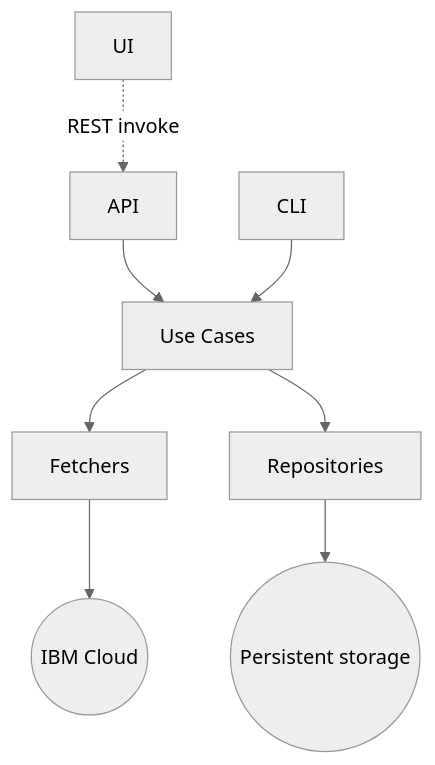
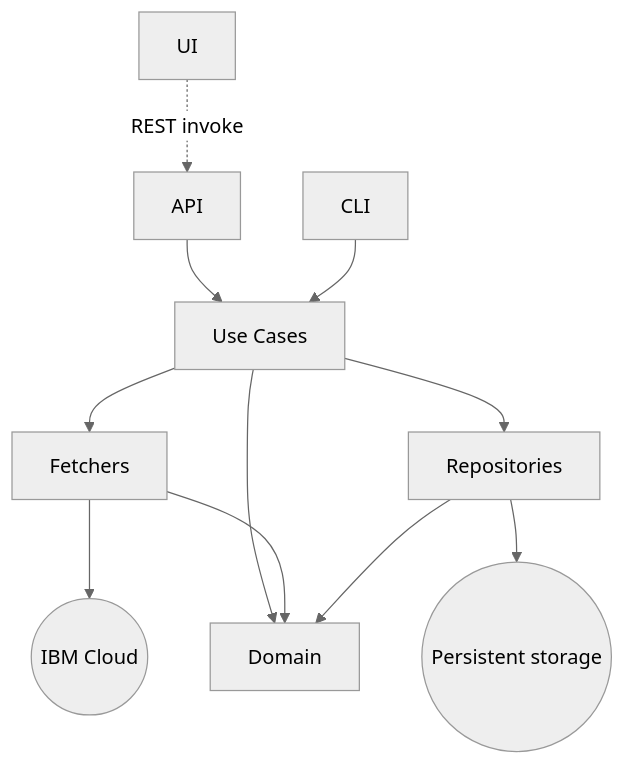
The diagram in CLAUDE.md (ydarias/costs-dashboard), drawn with Mermaid (neutral theme) before and after one commit. The commit also changed other lines of this file and 1 other file, not shown here.

Commit message:
Improved CLAUDE file

````diff
--- a/CLAUDE.md
+++ b/CLAUDE.md
@@ -43,10 +45,13 @@
 ```mermaid
 flowchart TD
     A[API] --> B[Use Cases]
     C[CLI] --> B
     D[UI] -. REST invoke .-> A
     B --> E[Fetchers]
     B --> F[Repositories]
     F --> G((Persistent storage))
     E --> H((IBM Cloud))
+    B --> I[Domain]
+    E --> I
+    F --> I
 ```
````
